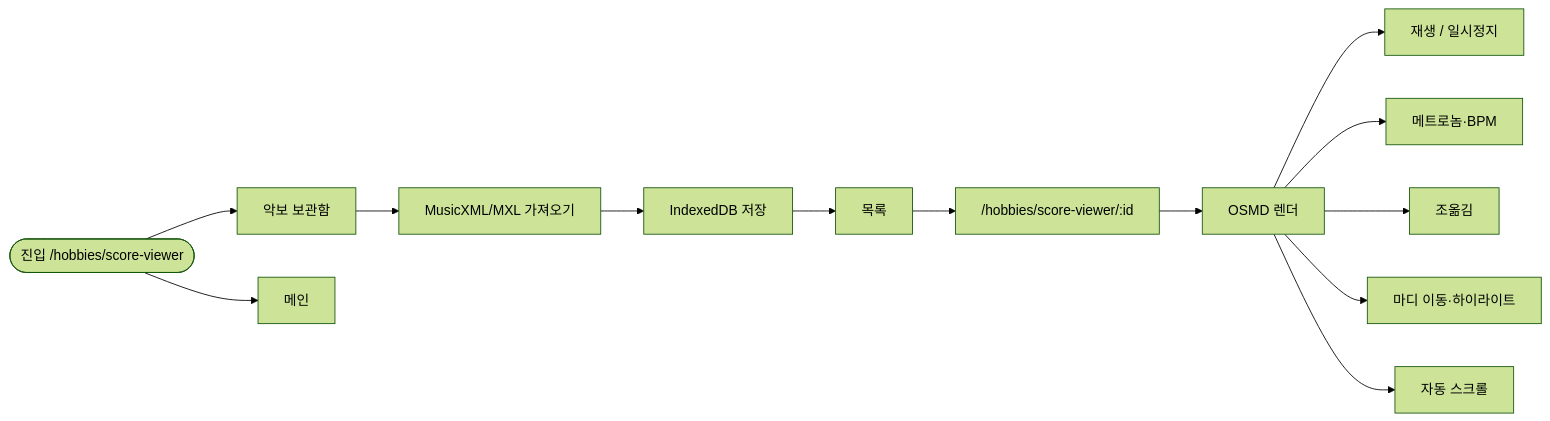
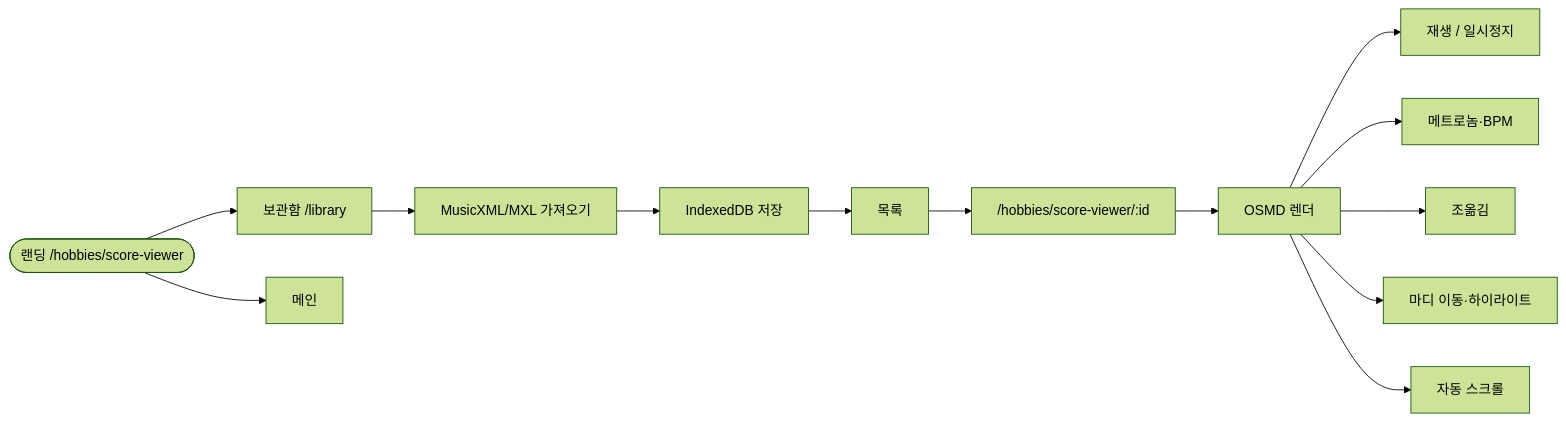
One commit to ohdeg/PBB changed diagram 15 of 26 in docs/PBB-유저-흐름도.md. Above: the diagram before and after it, drawn with Mermaid (forest theme). The commit also changed other lines of this file and 206 other files, not shown here.

````diff
--- a/docs/PBB-유저-흐름도.md
+++ b/docs/PBB-유저-흐름도.md
@@ -373,15 +385,15 @@
 ```mermaid
 flowchart LR
-    enter([진입 /hobbies/score-viewer]) --> library[악보 보관함]
+    landing([랜딩 /hobbies/score-viewer]) --> library[보관함 /library]
     library --> import[MusicXML/MXL 가져오기]
     import --> save[IndexedDB 저장]
     save --> list[목록]
     list --> open["/hobbies/score-viewer/:id"]
     open --> render[OSMD 렌더]
     render --> play[재생 / 일시정지]
     render --> metronome[메트로놈·BPM]
     render --> transpose[조옮김]
     render --> measure[마디 이동·하이라이트]
     render --> scroll[자동 스크롤]
-    enter --> back[메인]
+    landing --> back[메인]
 ```
````
